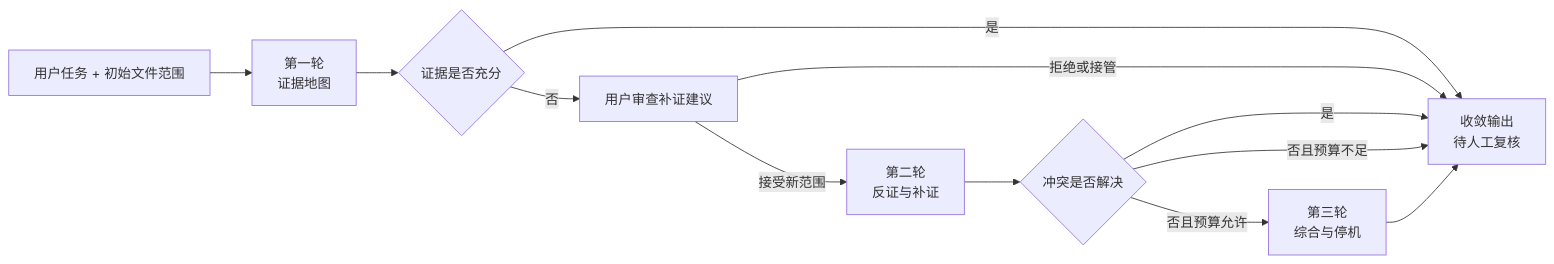
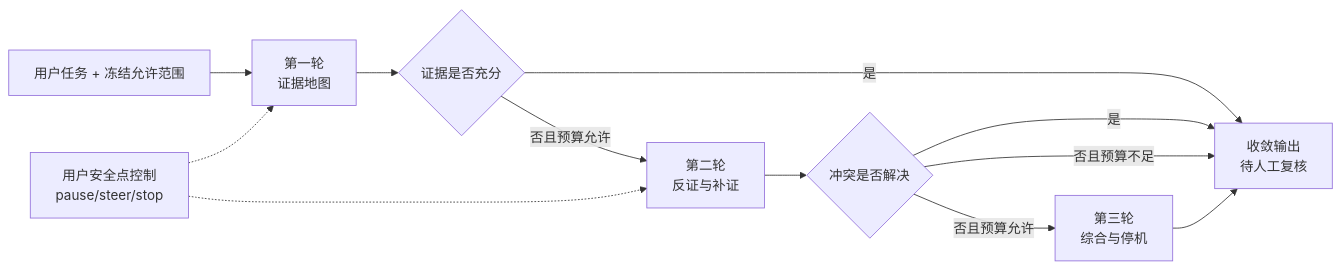
The third of 4 diagrams in docs/reports/OFFICE-AGENT-DETAILED-CHINESE-REPORT-20260825.md (Dickey007s/lenovo_agent), drawn with Mermaid before and after one commit. The commit also changed other lines of this file and 14 other files, not shown here.

````diff
--- a/docs/reports/OFFICE-AGENT-DETAILED-CHINESE-REPORT-20260825.md
+++ b/docs/reports/OFFICE-AGENT-DETAILED-CHINESE-REPORT-20260825.md
@@ -535,14 +553,14 @@
 ```mermaid
 flowchart LR
-    U[用户任务 + 初始文件范围] --> R1[第一轮<br/>证据地图]
+    U[用户任务 + 冻结允许范围] --> R1[第一轮<br/>证据地图]
     R1 --> G1{证据是否充分}
     G1 -- 是 --> S[收敛输出<br/>待人工复核]
-    G1 -- 否 --> H[用户审查补证建议]
-    H -- 拒绝或接管 --> S
-    H -- 接受新范围 --> R2[第二轮<br/>反证与补证]
+    G1 -- 否且预算允许 --> R2[第二轮<br/>反证与补证]
+    U2[用户安全点控制<br/>pause/steer/stop] -.-> R1
+    U2 -.-> R2
     R2 --> G2{冲突是否解决}
     G2 -- 是 --> S
     G2 -- 否且预算允许 --> R3[第三轮<br/>综合与停机]
     G2 -- 否且预算不足 --> S
     R3 --> S
 ```
````
